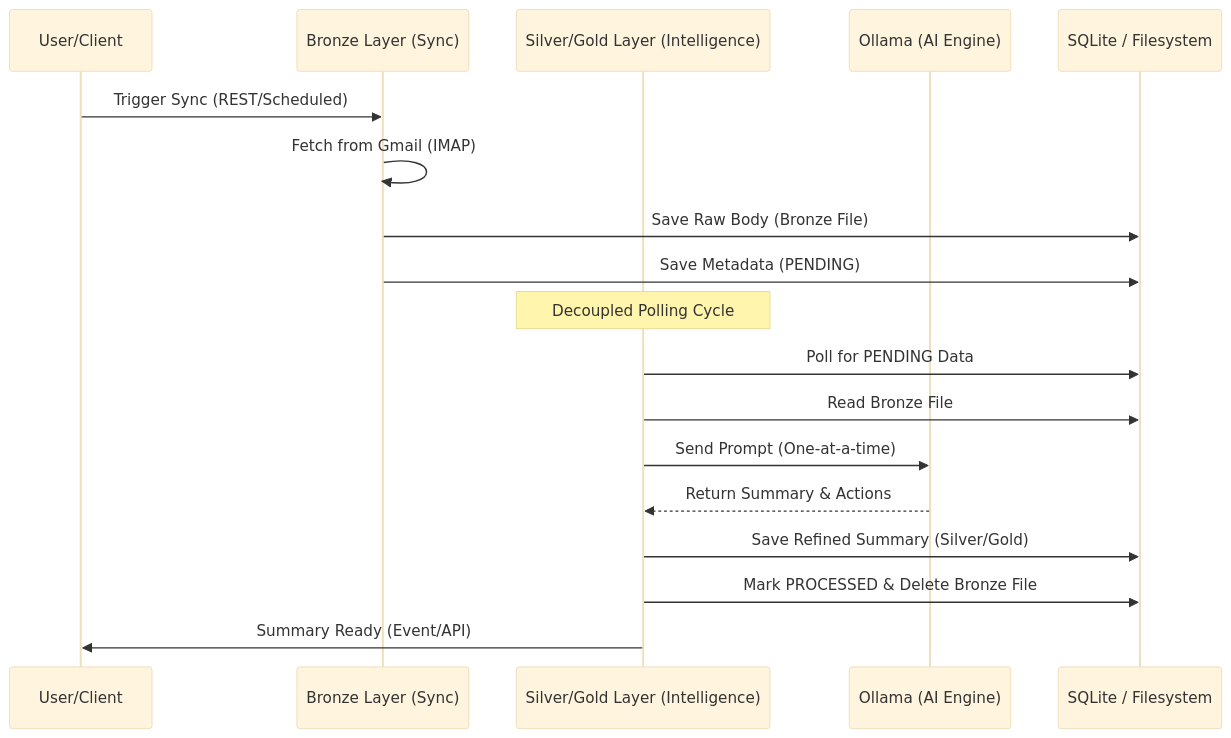
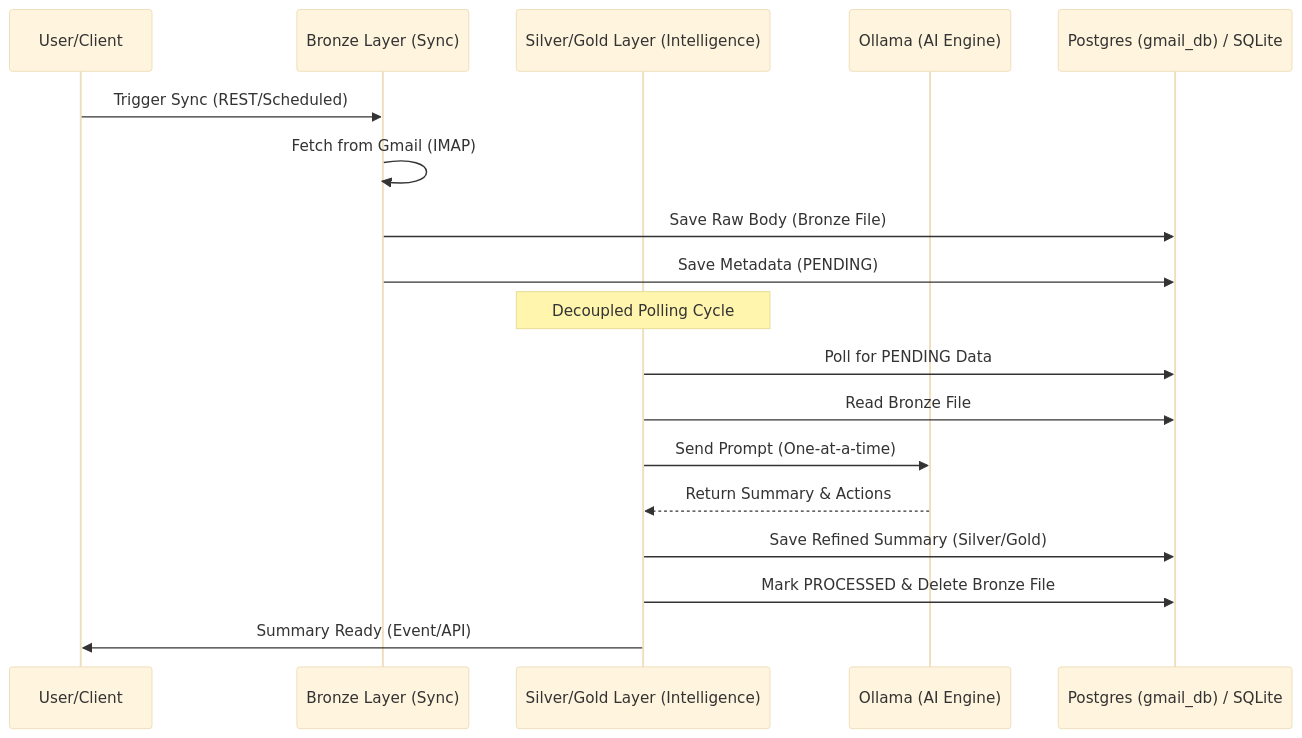
One commit to kbi101/20260401 changed the diagram in docs/usage/inbox-intelligence-guide.md. Above: the diagram before and after it, drawn with Mermaid (base theme). The commit also changed 2 other files, not shown here.

Commit message:
docs: update specifications and runbooks for PostgreSQL support

````diff
--- a/docs/usage/inbox-intelligence-guide.md
+++ b/docs/usage/inbox-intelligence-guide.md
@@ -16,23 +16,23 @@
 ```mermaid
 sequenceDiagram
     participant U as User/Client
     participant B as Bronze Layer (Sync)
     participant S as Silver/Gold Layer (Intelligence)
     participant O as Ollama (AI Engine)
-    participant DB as SQLite / Filesystem
+    participant DB as Postgres (gmail_db) / SQLite
 
     U->>B: Trigger Sync (REST/Scheduled)
     B->>B: Fetch from Gmail (IMAP)
     B->>DB: Save Raw Body (Bronze File)
     B->>DB: Save Metadata (PENDING)
     
     Note over S: Decoupled Polling Cycle
     
     S->>DB: Poll for PENDING Data
     S->>DB: Read Bronze File
     S->>O: Send Prompt (One-at-a-time)
     O-->>S: Return Summary & Actions
     S->>DB: Save Refined Summary (Silver/Gold)
     S->>DB: Mark PROCESSED & Delete Bronze File
     S->>U: Summary Ready (Event/API)
 ```
````
